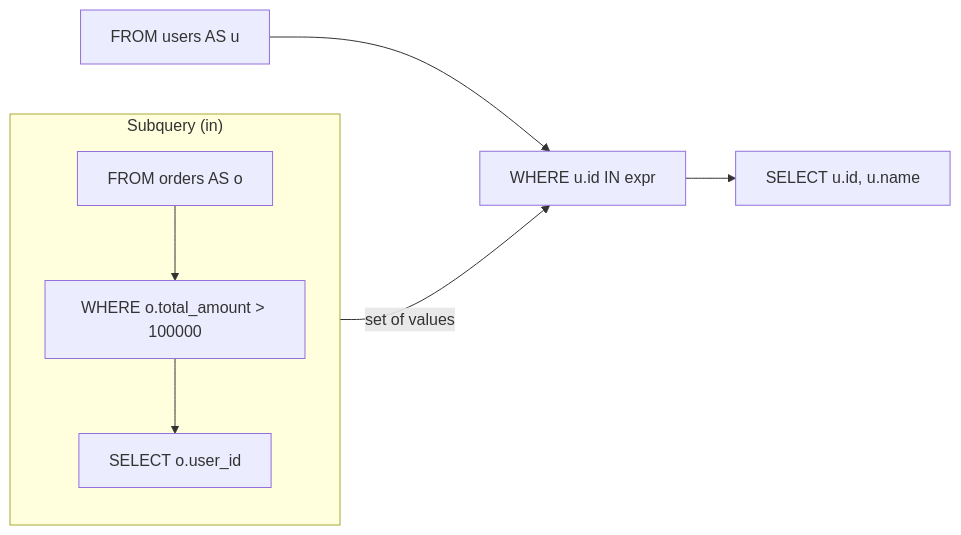
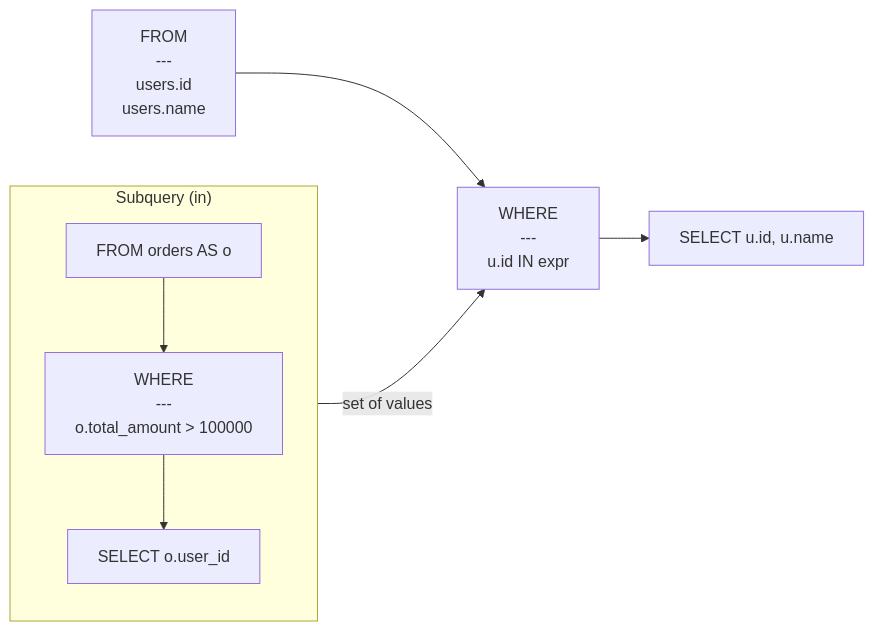
Before and after one commit to rot1024/sqloflow: the diagram in examples/subquery_in.mmd, drawn with Mermaid. The commit also changed 21 other files, not shown here.

Commit message:
feat: improve mermaid renderer

```diff
--- a/examples/subquery_in.mmd
+++ b/examples/subquery_in.mmd
@@ -1,15 +1,15 @@
 flowchart LR
-    node_0[FROM users AS u]
-    node_1["WHERE u.id IN expr"]
+    node_0["FROM<br/>---<br/>users.id<br/>users.name"]
+    node_1["WHERE<br/>---<br/>u.id IN expr"]
     subgraph subquery_node_2 ["Subquery (in)"]
         direction TB
         subq_0_node_0[FROM orders AS o]
-        subq_0_node_1["WHERE o.total_amount &gt; 100000"]
+        subq_0_node_1["WHERE<br/>---<br/>o.total_amount &gt; 100000"]
         subq_0_node_2["SELECT o.user_id"]
         subq_0_node_0 --> subq_0_node_1
         subq_0_node_1 --> subq_0_node_2
     end
     subq_0_node_2 -->|set of values| node_1
     node_3["SELECT u.id, u.name"]
     node_0 --> node_1
     node_1 --> node_3
```
